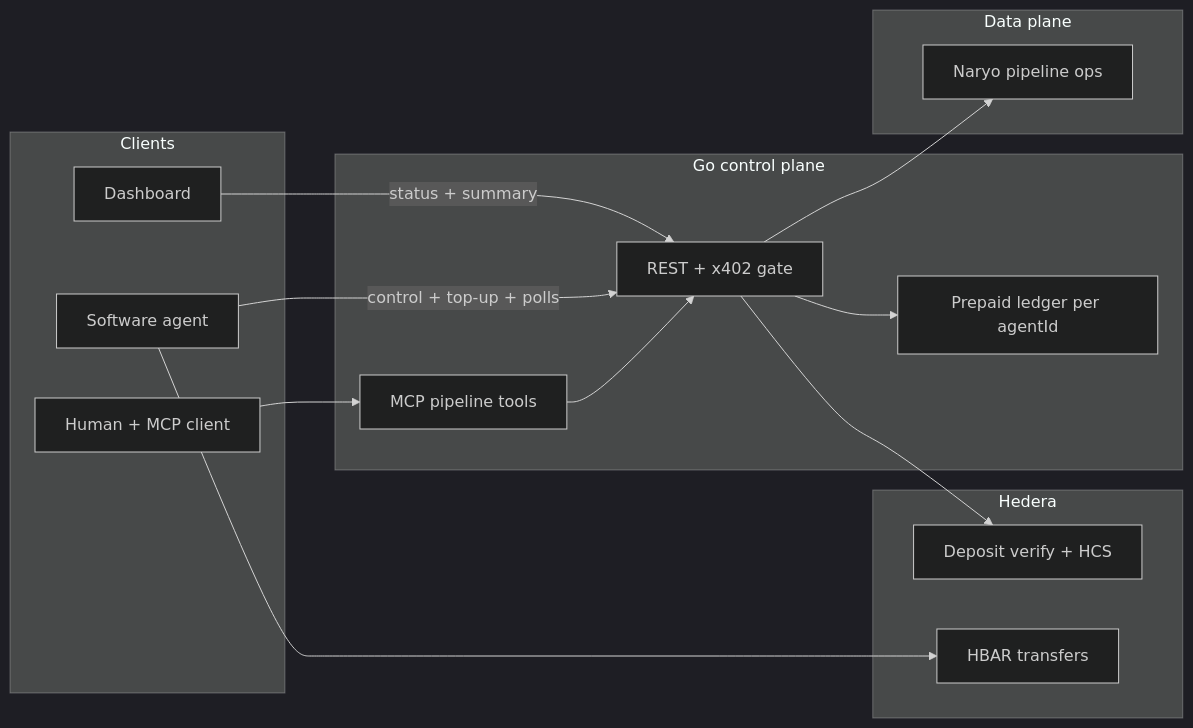
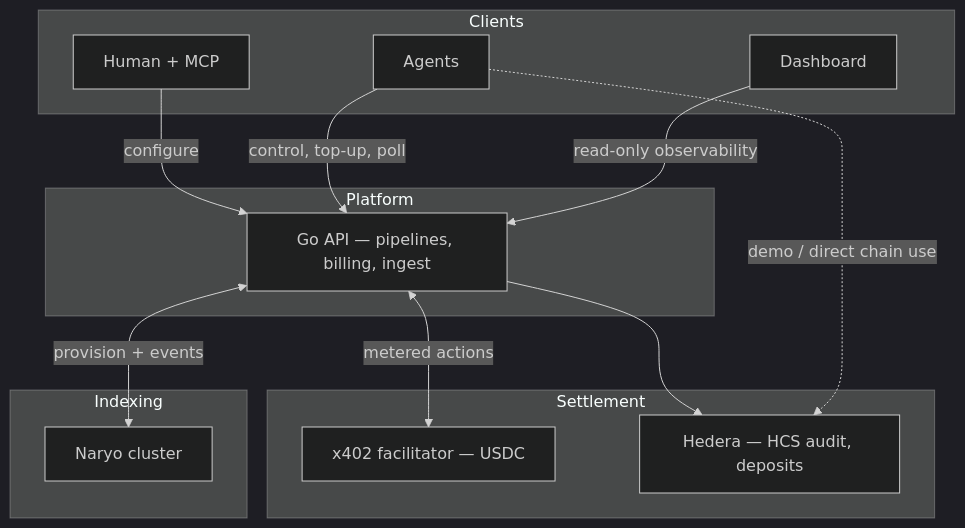
One commit to kevinstubbs/french-hedera-ethglobal-cannes-2026 changed the first of 2 diagrams in README.md. Above: the diagram before and after it, drawn with Mermaid (dark theme). The commit also changed other lines of this file, not shown here.

````diff
--- a/README.md
+++ b/README.md
@@ -37,28 +41,25 @@
 ```mermaid
-flowchart LR
+flowchart TB
   subgraph clients [Clients]
-    Human[Human + MCP client]
-    Agent[Software agent]
-    Dashboard[Dashboard]
+    MCP[Human + MCP]
+    Agent[Agents]
+    Dash[Dashboard]
   end
-  subgraph go [Go control plane]
-    MCP[MCP pipeline tools]
-    API[REST + x402 gate]
-    Ledger[Prepaid ledger per agentId]
+  subgraph plane [Platform]
+    API[Go API — pipelines, billing, ingest]
   end
-  subgraph hedera [Hedera]
-    HV[Deposit verify + HCS]
-    HBAR[HBAR transfers]
+  subgraph pay [Settlement]
+    X402[x402 facilitator — USDC]
+    Hed[Hedera — HCS audit, deposits]
   end
-  subgraph data [Data plane]
-    Naryo[Naryo pipeline ops]
+  subgraph data [Indexing]
+    Ny[Naryo cluster]
   end
-  Human --> MCP
-  MCP --> API
-  Agent -->|control + top-up + polls| API
-  Dashboard -->|status + summary| API
-  API --> Ledger
-  API --> HV
-  API --> Naryo
-  Agent --> HBAR
+  MCP -->|configure| API
+  Agent -->|control, top-up, poll| API
+  Dash -->|read-only observability| API
+  API <-->|metered actions| X402
+  API --> Hed
+  API <-->|provision + events| Ny
+  Agent -.->|demo / direct chain use| Hed
 ```
````
